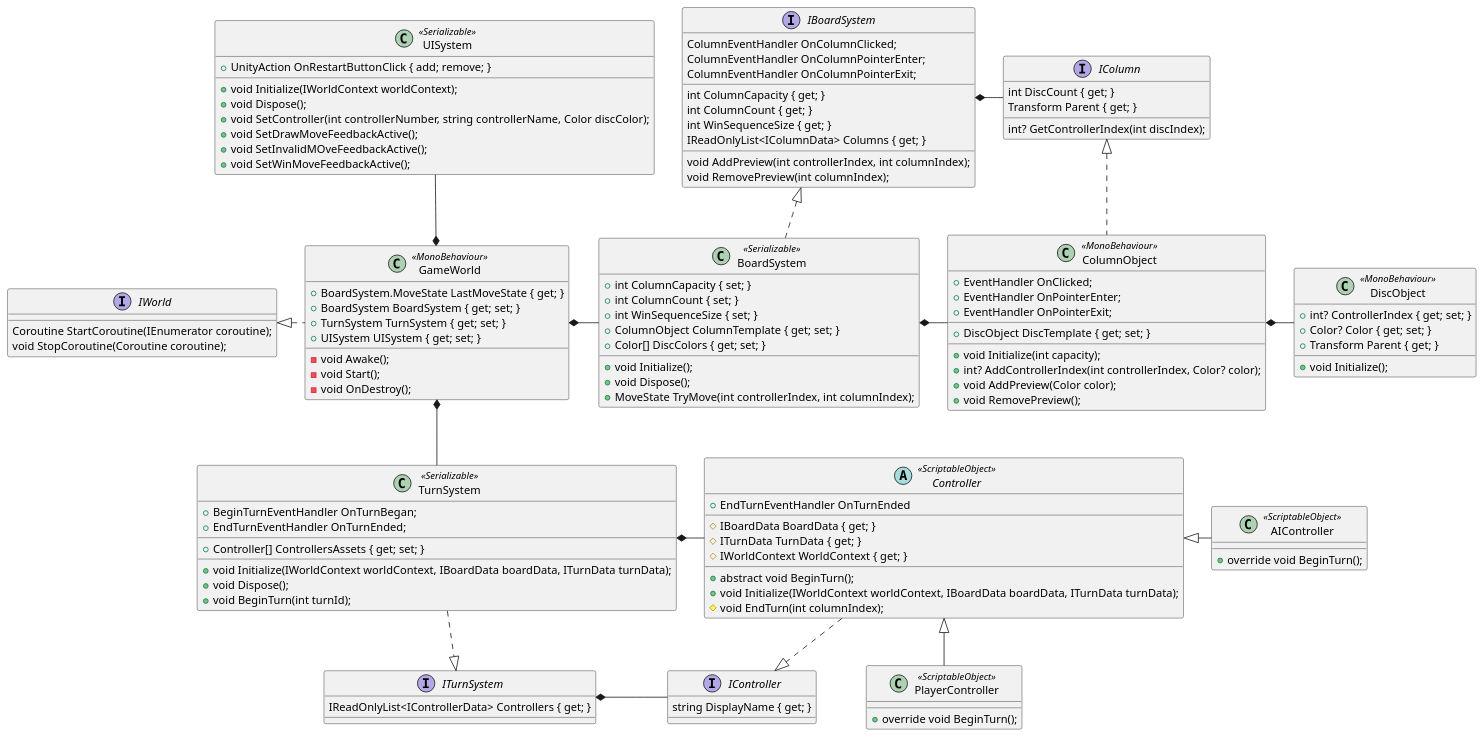
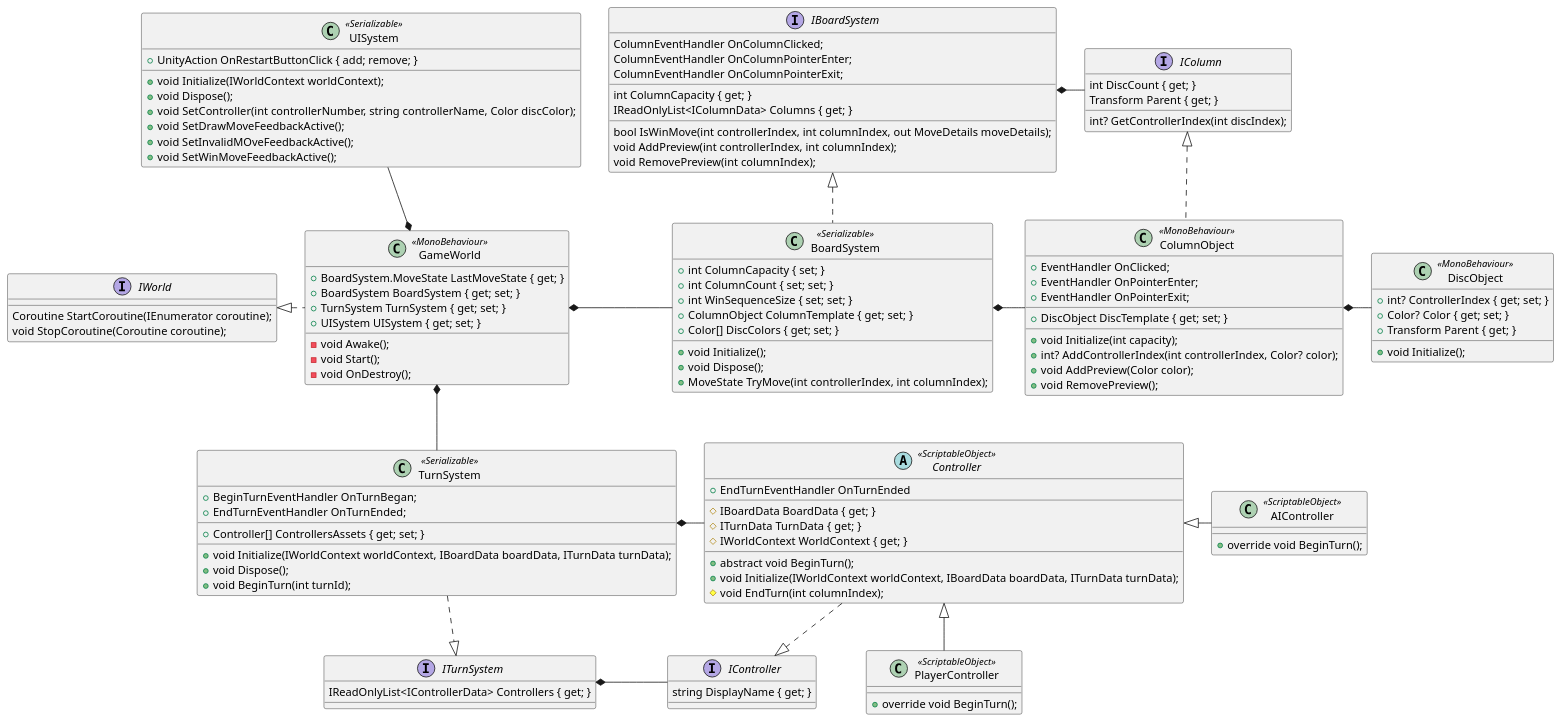
The diagram in Docs/MainArchitecture.plantUML (brunocoimbrar/ConnectFour), drawn with PlantUML before and after one commit. The commit also changed 4 other files, not shown here.

```diff
--- a/Docs/MainArchitecture.plantUML
+++ b/Docs/MainArchitecture.plantUML
@@ -1,157 +1,156 @@
 @startuml
 
 interface IWorld
 {
   Coroutine StartCoroutine(IEnumerator coroutine);
   void StopCoroutine(Coroutine coroutine);
 }
 
 class GameWorld <<MonoBehaviour>>
 {
   +BoardSystem.MoveState LastMoveState { get; }
   +BoardSystem BoardSystem { get; set; }
   +TurnSystem TurnSystem { get; set; }
   +UISystem UISystem { get; set; }
   __
   -void Awake();
   -void Start();
   -void OnDestroy();
 }
 
 interface IBoardSystem
 {
   ColumnEventHandler OnColumnClicked;
   ColumnEventHandler OnColumnPointerEnter;
   ColumnEventHandler OnColumnPointerExit;
   __
   int ColumnCapacity { get; }
-  int ColumnCount { get; }
-  int WinSequenceSize { get; }
   IReadOnlyList<IColumnData> Columns { get; }
   __
+  bool IsWinMove(int controllerIndex, int columnIndex, out MoveDetails moveDetails);
   void AddPreview(int controllerIndex, int columnIndex);
   void RemovePreview(int columnIndex);
 }
 
 class BoardSystem <<Serializable>>
 {
   +int ColumnCapacity { set; }
-  +int ColumnCount { set; }
-  +int WinSequenceSize { set; }
+  +int ColumnCount { set; set; }
+  +int WinSequenceSize { set; set; }
   +ColumnObject ColumnTemplate { get; set; }
   +Color[] DiscColors { get; set; }
   __
   +void Initialize();
   +void Dispose();
   +MoveState TryMove(int controllerIndex, int columnIndex);
 }
 
 interface IColumn
 {
   int DiscCount { get; }
   Transform Parent { get; }
   __
   int? GetControllerIndex(int discIndex);
 }
 
 class ColumnObject <<MonoBehaviour>>
 {
   +EventHandler OnClicked;
   +EventHandler OnPointerEnter;
   +EventHandler OnPointerExit;
   __
   +DiscObject DiscTemplate { get; set; }
   __
   +void Initialize(int capacity);
   +int? AddControllerIndex(int controllerIndex, Color? color);
   +void AddPreview(Color color);
   +void RemovePreview();
 }
 
 class DiscObject <<MonoBehaviour>>
 {
   +int? ControllerIndex { get; set; }
   +Color? Color { get; set; }
   +Transform Parent { get; }
   __
   +void Initialize();
 }
 
 interface ITurnSystem
 {
   IReadOnlyList<IControllerData> Controllers { get; }
 }
 
 class TurnSystem <<Serializable>>
 {
   +BeginTurnEventHandler OnTurnBegan;
   +EndTurnEventHandler OnTurnEnded;
   __
   +Controller[] ControllersAssets { get; set; }
   __
   +void Initialize(IWorldContext worldContext, IBoardData boardData, ITurnData turnData);
   +void Dispose();
   +void BeginTurn(int turnId);
 }
 
 interface IController
 {
   string DisplayName { get; }
 }
 
 abstract class Controller <<ScriptableObject>>
 {
   +EndTurnEventHandler OnTurnEnded
   __
   #IBoardData BoardData { get; }
   #ITurnData TurnData { get; }
   #IWorldContext WorldContext { get; }
   __
   +abstract void BeginTurn();
   +void Initialize(IWorldContext worldContext, IBoardData boardData, ITurnData turnData);
   #void EndTurn(int columnIndex);
 }
 
 class PlayerController <<ScriptableObject>>
 {
   +override void BeginTurn();
 }
 
 class AIController <<ScriptableObject>>
 {
   +override void BeginTurn();
 }
 
 class UISystem <<Serializable>>
 {
   +UnityAction OnRestartButtonClick { add; remove; }
   __
   +void Initialize(IWorldContext worldContext);
   +void Dispose();
   +void SetController(int controllerNumber, string controllerName, Color discColor);
   +void SetDrawMoveFeedbackActive();
   +void SetInvalidMOveFeedbackActive();
   +void SetWinMoveFeedbackActive();
 }
 
 IWorld <|.right. GameWorld
 GameWorld *-right- BoardSystem
 GameWorld *-down- TurnSystem
 GameWorld *-up- UISystem
 
 IBoardSystem <|.down. BoardSystem
 IBoardSystem *-right- IColumn
 BoardSystem *-right- ColumnObject
 
 IColumn <|.down. ColumnObject
 ColumnObject *-right- DiscObject
 
 ITurnSystem <|.up. TurnSystem
 ITurnSystem *-right- IController
 TurnSystem *-right- Controller
 
 IController <|.up. Controller
 Controller <|-down- PlayerController
 Controller <|-right- AIController
 
 @enduml
```
